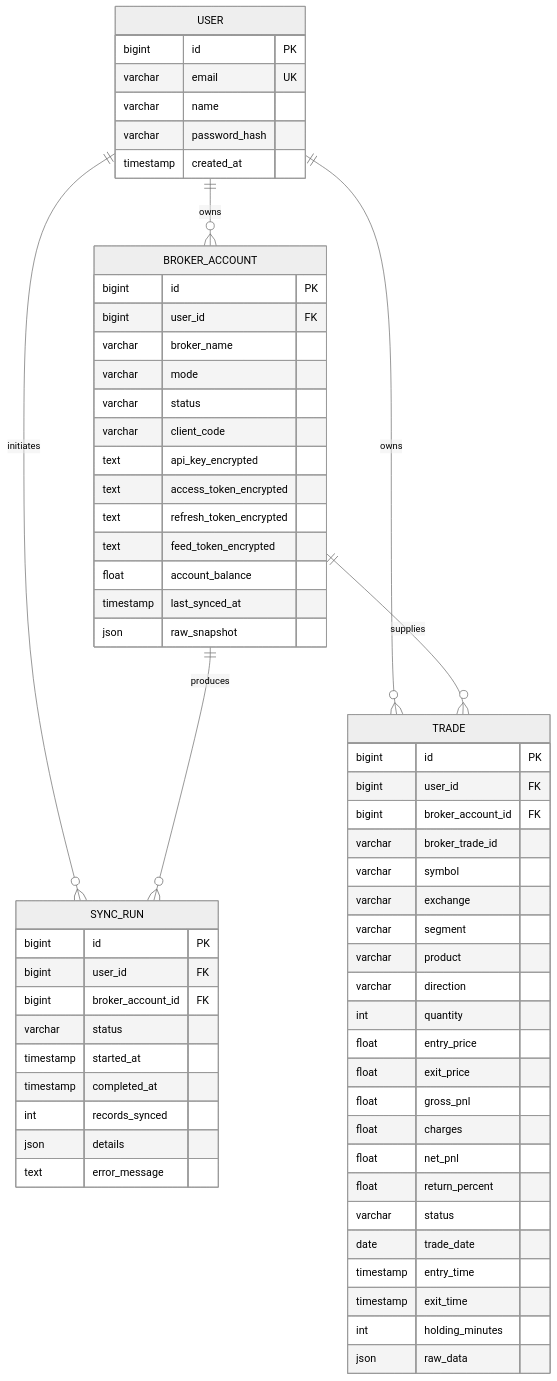
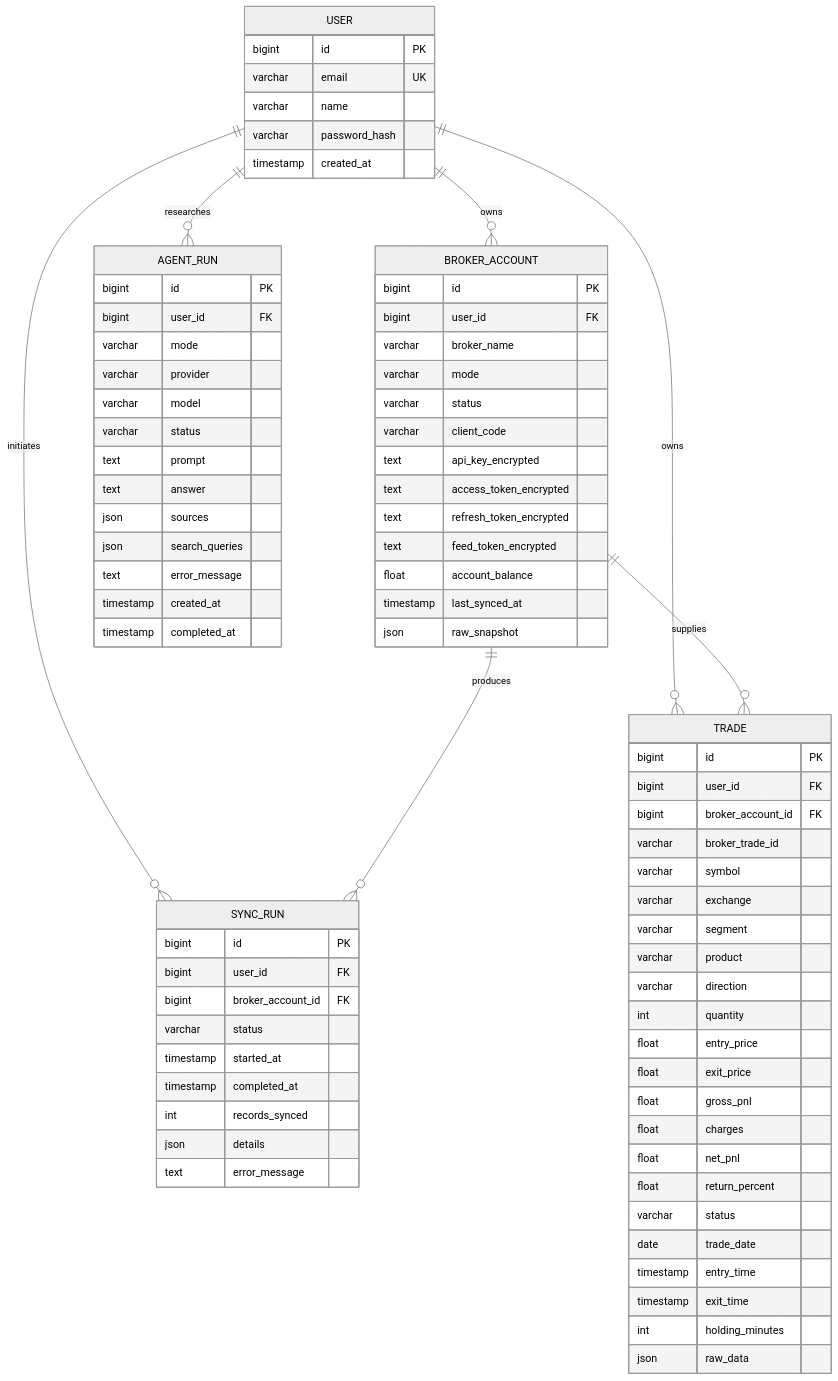
The first of 3 diagrams in docs/22_LOW_LEVEL_DESIGN.md (HARESH-D/TradeOS), drawn with Mermaid (neutral theme) before and after one commit. The commit also changed other lines of this file and 27 other files, not shown here.

````diff
--- a/docs/22_LOW_LEVEL_DESIGN.md
+++ b/docs/22_LOW_LEVEL_DESIGN.md
@@ -64,66 +70,82 @@
 ```mermaid
 erDiagram
     USER ||--o{ BROKER_ACCOUNT : owns
     USER ||--o{ SYNC_RUN : initiates
     USER ||--o{ TRADE : owns
+    USER ||--o{ AGENT_RUN : researches
     BROKER_ACCOUNT ||--o{ SYNC_RUN : produces
     BROKER_ACCOUNT ||--o{ TRADE : supplies
 
     USER {
         bigint id PK
         varchar email UK
         varchar name
         varchar password_hash
         timestamp created_at
     }
     BROKER_ACCOUNT {
         bigint id PK
         bigint user_id FK
         varchar broker_name
         varchar mode
         varchar status
         varchar client_code
         text api_key_encrypted
         text access_token_encrypted
         text refresh_token_encrypted
         text feed_token_encrypted
         float account_balance
         timestamp last_synced_at
         json raw_snapshot
     }
     SYNC_RUN {
         bigint id PK
         bigint user_id FK
         bigint broker_account_id FK
         varchar status
         timestamp started_at
         timestamp completed_at
         int records_synced
         json details
         text error_message
     }
     TRADE {
         bigint id PK
         bigint user_id FK
         bigint broker_account_id FK
         varchar broker_trade_id
         varchar symbol
         varchar exchange
         varchar segment
         varchar product
         varchar direction
         int quantity
         float entry_price
         float exit_price
         float gross_pnl
         float charges
         float net_pnl
         float return_percent
         varchar status
         date trade_date
         timestamp entry_time
         timestamp exit_time
         int holding_minutes
         json raw_data
     }
+    AGENT_RUN {
+        bigint id PK
+        bigint user_id FK
+        varchar mode
+        varchar provider
+        varchar model
+        varchar status
+        text prompt
+        text answer
+        json sources
+        json search_queries
+        text error_message
+        timestamp created_at
+        timestamp completed_at
+    }
 ```
````
